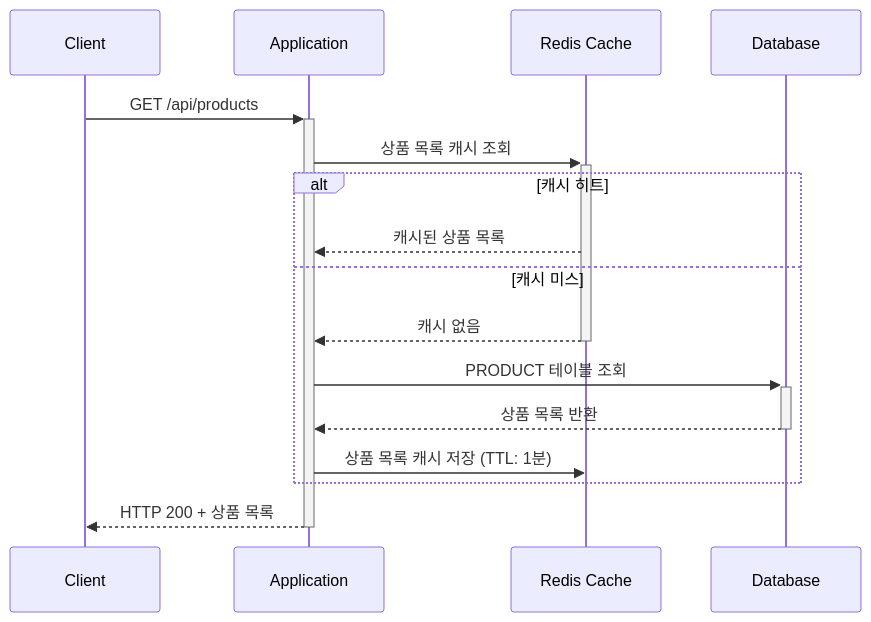
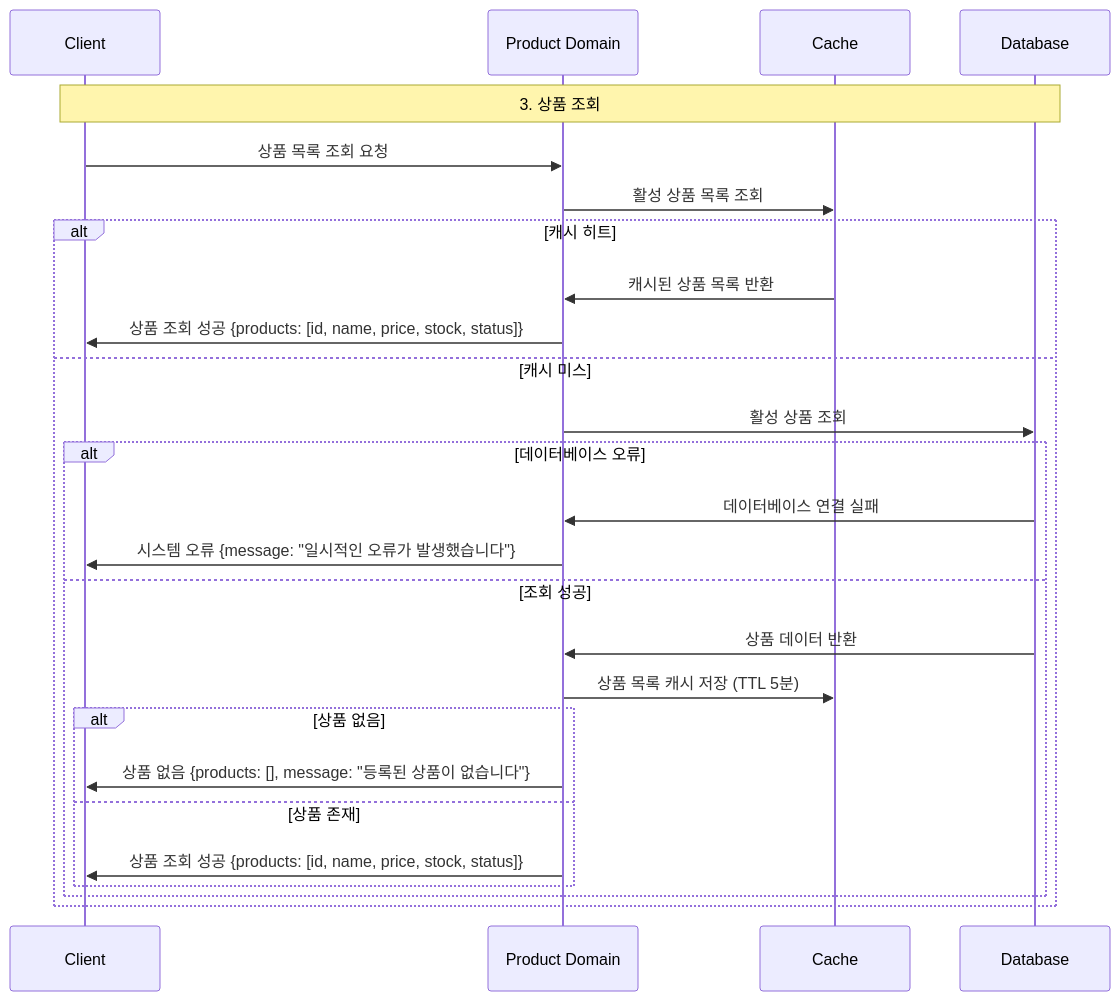
The third of 7 diagrams in docs/sequence_diagram.md (yuni02/hhplus-ecommerce), drawn with Mermaid before and after one commit. The commit also changed other lines of this file and 2 other files, not shown here.

Commit message:
chore: 시퀀스 다이어그램 도메인 간의 데이터흐름 상세관점으로 변경해서 다시 작성

````diff
--- a/docs/sequence_diagram.md
+++ b/docs/sequence_diagram.md
@@ -45,21 +64,32 @@
 ```mermaid
 sequenceDiagram
-    participant Client as Client
-    participant App as Application
-    participant Cache as Redis Cache
+    participant C as Client
+    participant Product as Product Domain
+    participant Cache as Cache
     participant DB as Database
-
-    Client->>+App: GET /api/products
-    App->>+Cache: 상품 목록 캐시 조회
-
-    alt 캐시 히트
-        Cache-->>App: 캐시된 상품 목록
-    else 캐시 미스
-        Cache-->>-App: 캐시 없음
-        App->>+DB: PRODUCT 테이블 조회
-        DB-->>-App: 상품 목록 반환
-        App->>Cache: 상품 목록 캐시 저장 (TTL: 1분)
-    end
-
-    App-->>-Client: HTTP 200 + 상품 목록
+    
+        Note over C,DB: 3. 상품 조회
+        C->>Product: 상품 목록 조회 요청
+    
+        Product->>Cache: 활성 상품 목록 조회
+        alt 캐시 히트
+            Cache->>Product: 캐시된 상품 목록 반환
+            Product->>C: 상품 조회 성공 {products: [id, name, price, stock, status]}
+        else 캐시 미스
+            Product->>DB: 활성 상품 조회
+    
+            alt 데이터베이스 오류
+                DB->>Product: 데이터베이스 연결 실패
+                Product->>C: 시스템 오류 {message: "일시적인 오류가 발생했습니다"}
+            else 조회 성공
+                DB->>Product: 상품 데이터 반환
+                Product->>Cache: 상품 목록 캐시 저장 (TTL 5분)
+    
+                alt 상품 없음
+                    Product->>C: 상품 없음 {products: [], message: "등록된 상품이 없습니다"}
+                else 상품 존재
+                    Product->>C: 상품 조회 성공 {products: [id, name, price, stock, status]}
+                end
+            end
+        end
 ```
````
